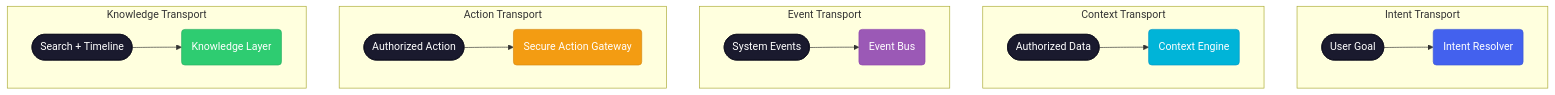
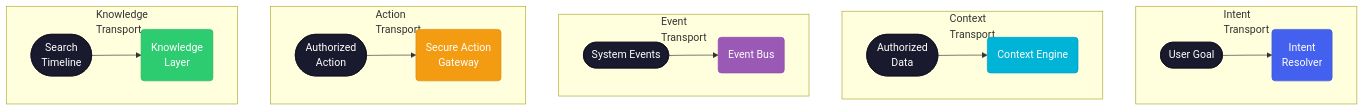
One commit to abalmalvez-lab/AntOS changed the first of 5 diagrams in AntOS-Features-and-Capabilities_v1.md. Above: the diagram before and after it, drawn with Mermaid. The commit also changed other lines of this file, not shown here.

Commit message:
docs: aggressively narrow mermaid labels (<=14 chars/line) for GitHub viewport

````diff
--- a/AntOS-Features-and-Capabilities_v1.md
+++ b/AntOS-Features-and-Capabilities_v1.md
@@ -54,32 +54,32 @@
 ```mermaid
 %%{init: {"flowchart": {"useMaxWidth": true}}}%%
 flowchart TD
     classDef terminal fill:#1a1a2e,stroke:#0f0f1e,color:#fff
     classDef intent fill:#4361ee,stroke:#3a56d4,color:#fff
     classDef context fill:#00b4d8,stroke:#0096c7,color:#fff
     classDef event fill:#9b59b6,stroke:#8e44ad,color:#fff
     classDef action fill:#f39c12,stroke:#d68910,color:#fff
     classDef knowledge fill:#2ecc71,stroke:#27ae60,color:#fff
 
-    subgraph P1["Intent Transport"]
-        I1([User Goal]) --> I2(Intent Resolver)
+    subgraph P1["Intent<br/>Transport"]
+        I1([User Goal]) --> I2(Intent<br/>Resolver)
     end
-    subgraph P2["Context Transport"]
-        C1([Authorized Data]) --> C2(Context Engine)
+    subgraph P2["Context<br/>Transport"]
+        C1([Authorized<br/>Data]) --> C2(Context Engine)
     end
-    subgraph P3["Event Transport"]
+    subgraph P3["Event<br/>Transport"]
         E1([System Events]) --> E2(Event Bus)
     end
-    subgraph P4["Action Transport"]
-        A1([Authorized Action]) --> A2(Secure Action Gateway)
+    subgraph P4["Action<br/>Transport"]
+        A1([Authorized<br/>Action]) --> A2(Secure Action<br/>Gateway)
     end
-    subgraph P5["Knowledge Transport"]
-        K1([Search + Timeline]) --> K2(Knowledge Layer)
+    subgraph P5["Knowledge<br/>Transport"]
+        K1([Search<br/>Timeline]) --> K2(Knowledge<br/>Layer)
     end
     class I1,C1,E1,A1,K1 terminal
     class I2 intent
     class C2 context
     class E2 event
     class A2 action
     class K2 knowledge
 ```
````
